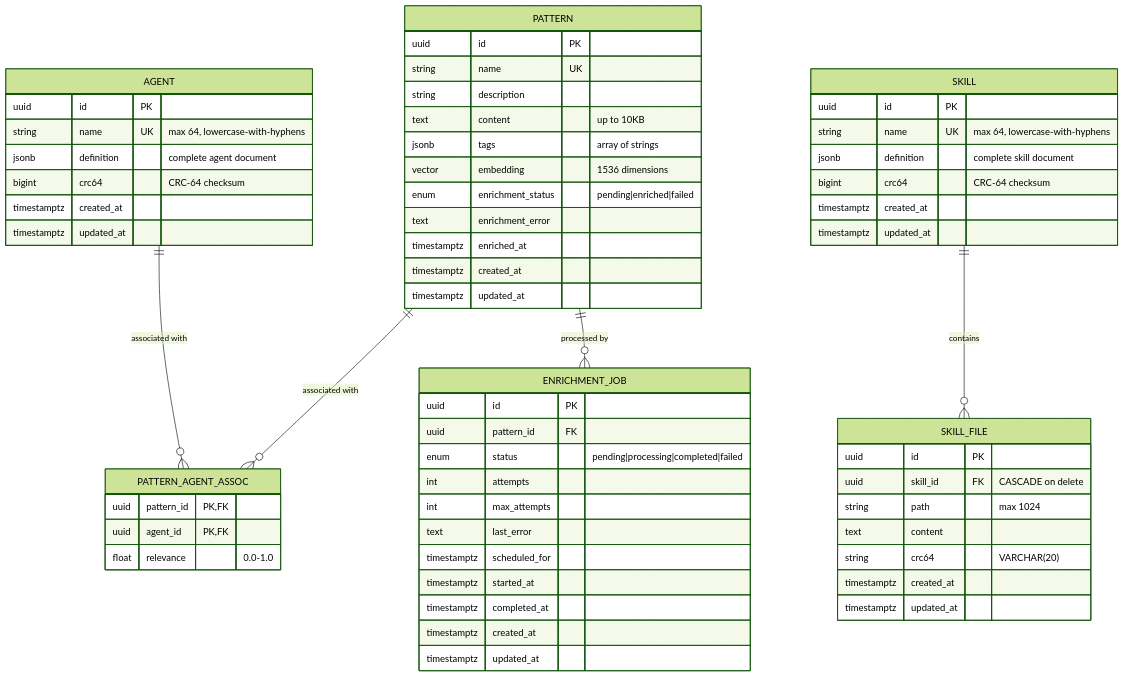
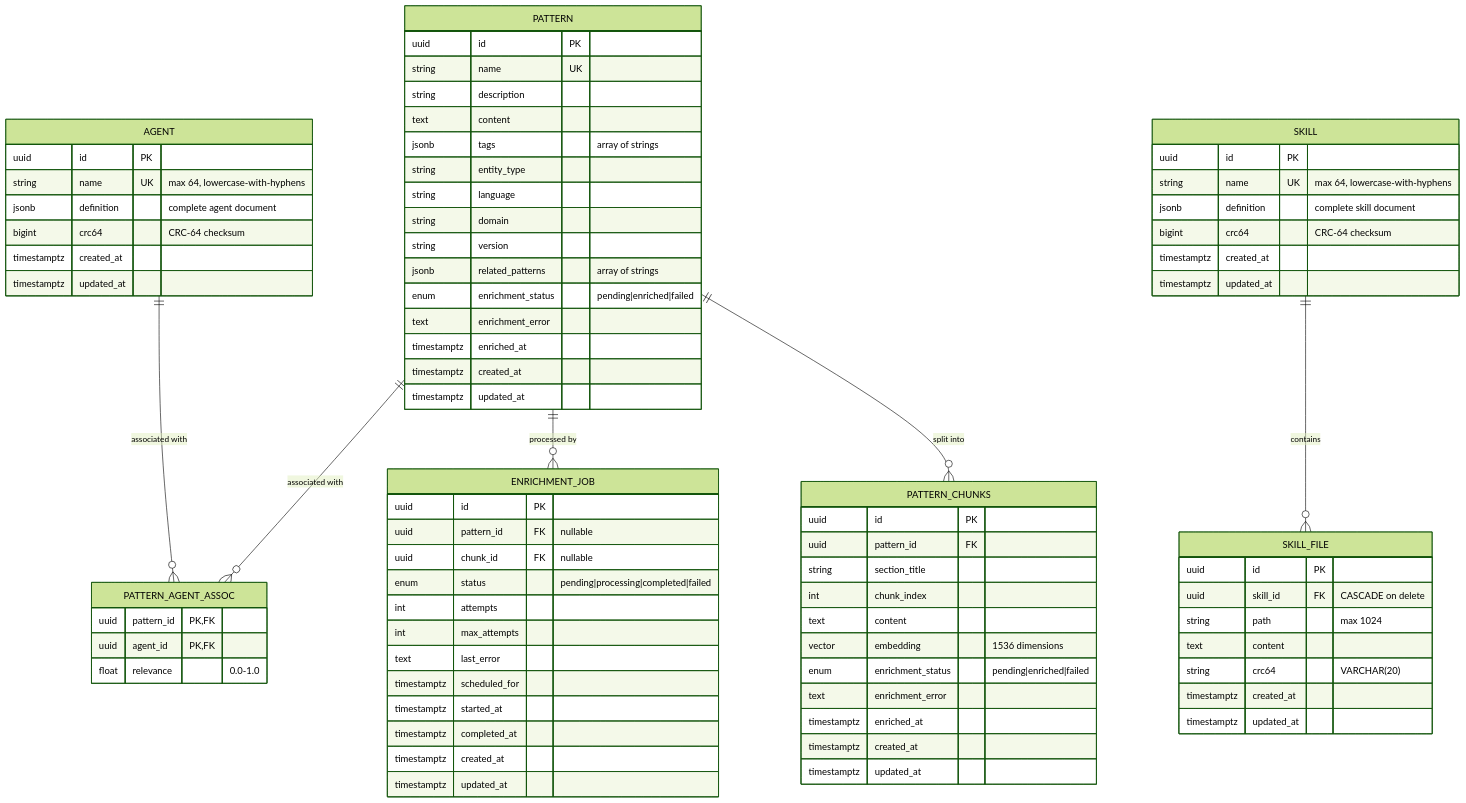
The second of 14 diagrams in docs/architecture/04-data-architecture.md (twistingmercury/mnemonic-mcp), drawn with Mermaid (forest theme) before and after one commit. The commit also changed other lines of this file and 45 other files, not shown here.

```diff
--- a/docs/architecture/04-data-architecture.md
+++ b/docs/architecture/04-data-architecture.md
@@ -170,6 +170,7 @@
     AGENT ||--o{ PATTERN_AGENT_ASSOC : "associated with"
     PATTERN ||--o{ PATTERN_AGENT_ASSOC : "associated with"
     PATTERN ||--o{ ENRICHMENT_JOB : "processed by"
+    PATTERN ||--o{ PATTERN_CHUNKS : "split into"
     SKILL ||--o{ SKILL_FILE : "contains"
 
     AGENT {
@@ -185,8 +186,26 @@
         uuid id PK
         string name UK
         string description
-        text content "up to 10KB"
+        text content
         jsonb tags "array of strings"
+        string entity_type
+        string language
+        string domain
+        string version
+        jsonb related_patterns "array of strings"
+        enum enrichment_status "pending|enriched|failed"
+        text enrichment_error
+        timestamptz enriched_at
+        timestamptz created_at
+        timestamptz updated_at
+    }
+
+    PATTERN_CHUNKS {
+        uuid id PK
+        uuid pattern_id FK
+        string section_title
+        int chunk_index
+        text content
         vector embedding "1536 dimensions"
         enum enrichment_status "pending|enriched|failed"
         text enrichment_error
@@ -203,7 +222,8 @@
 
     ENRICHMENT_JOB {
         uuid id PK
-        uuid pattern_id FK
+        uuid pattern_id FK "nullable"
+        uuid chunk_id FK "nullable"
         enum status "pending|processing|completed|failed"
         int attempts
         int max_attempts
```
